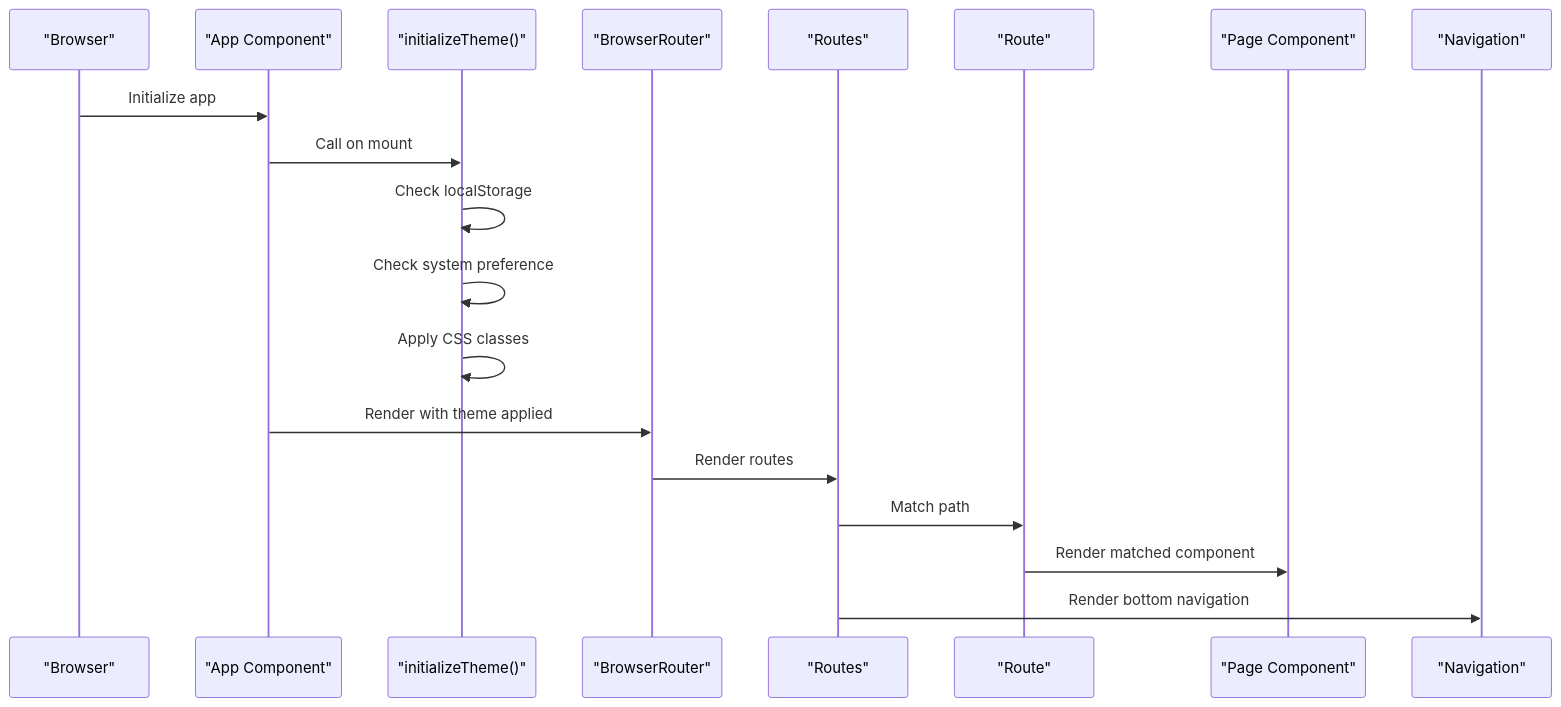
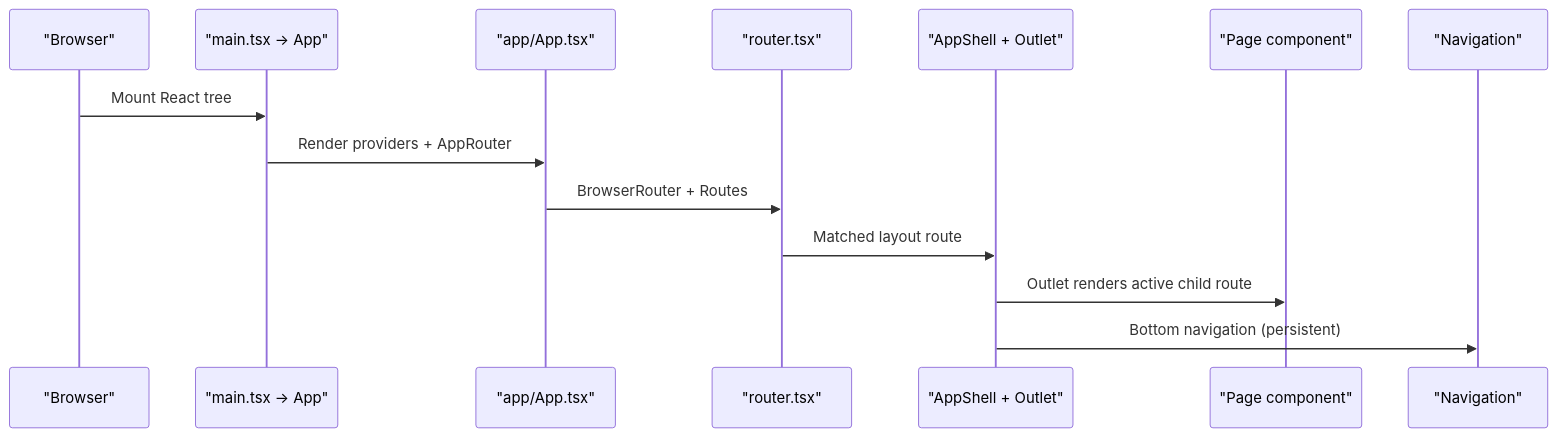
The third of 6 diagrams in .qoder/repowiki/en/content/Frontend Component Architecture/Application Structure & Routing.md (nilsnavi/fit_trackerpro), drawn with Mermaid before and after one commit. The commit also changed other lines of this file and 9 other files, not shown here.

````diff
--- a/.qoder/repowiki/en/content/Frontend Component Architecture/Application Structure & Routing.md
+++ b/.qoder/repowiki/en/content/Frontend Component Architecture/Application Structure & Routing.md
@@ -192,21 +209,16 @@
 ```mermaid
 sequenceDiagram
 participant Browser as "Browser"
-participant App as "App Component"
-participant ThemeInit as "initializeTheme()"
-participant Router as "BrowserRouter"
-participant Routes as "Routes"
-participant Route as "Route"
-participant Page as "Page Component"
+participant Root as "main.tsx → App"
+participant Providers as "app/App.tsx"
+participant AppRouter as "router.tsx"
+participant Shell as "AppShell + Outlet"
+participant Page as "Page component"
 participant Nav as "Navigation"
-Browser->>App : Initialize app
-App->>ThemeInit : Call on mount
-ThemeInit->>ThemeInit : Check localStorage
-ThemeInit->>ThemeInit : Check system preference
-ThemeInit->>ThemeInit : Apply CSS classes
-App->>Router : Render with theme applied
-Router->>Routes : Render routes
-Routes->>Route : Match path
-Route->>Page : Render matched component
-Routes->>Nav : Render bottom navigation
+Browser->>Root : Mount React tree
+Root->>Providers : Render providers + AppRouter
+Providers->>AppRouter : BrowserRouter + Routes
+AppRouter->>Shell : Matched layout route
+Shell->>Page : Outlet renders active child route
+Shell->>Nav : Bottom navigation (persistent)
 ```
````
